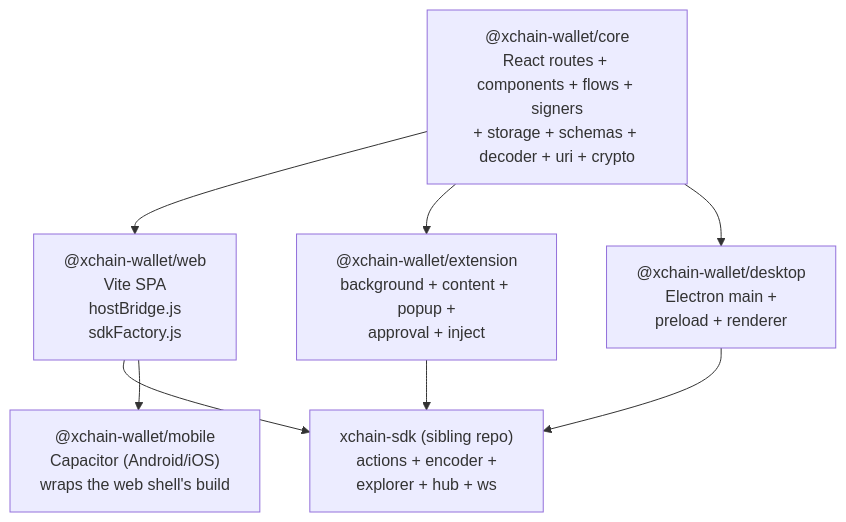
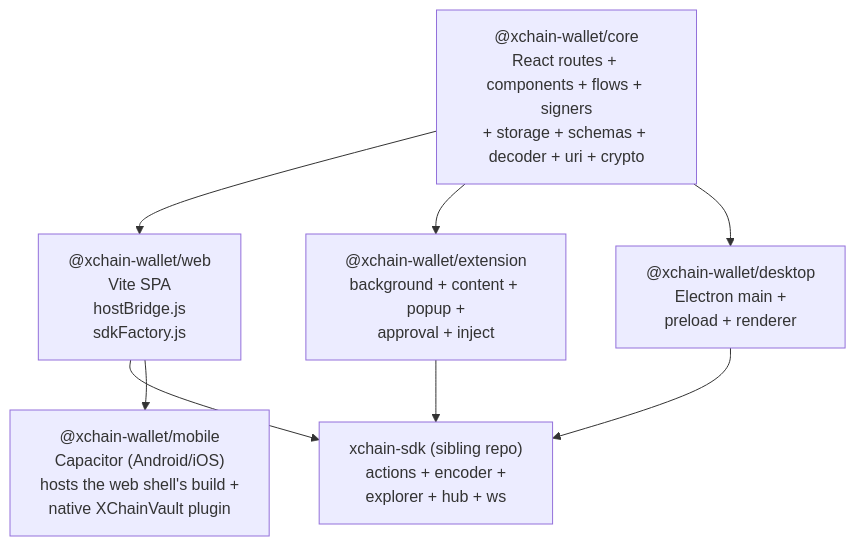
One commit to XChain-Platform/xchain-documentation changed the first of 2 diagrams in components/wallet/architecture.md. Above: the diagram before and after it, drawn with Mermaid. The commit also changed other lines of this file and 56 other files, not shown here.

````diff
--- a/components/wallet/architecture.md
+++ b/components/wallet/architecture.md
@@ -48,17 +48,17 @@
 ```mermaid
 flowchart TD
     CORE["@xchain-wallet/core<br>React routes + components + flows + signers<br>+ storage + schemas + decoder + uri + crypto"]
     WEB["@xchain-wallet/web<br>Vite SPA<br>hostBridge.js<br>sdkFactory.js"]
     EXT["@xchain-wallet/extension<br>background + content + popup +<br>approval + inject"]
     DESKTOP["@xchain-wallet/desktop<br>Electron main +<br>preload + renderer"]
-    MOBILE["@xchain-wallet/mobile<br>Capacitor (Android/iOS)<br>wraps the web shell's build"]
+    MOBILE["@xchain-wallet/mobile<br>Capacitor (Android/iOS)<br>hosts the web shell's build +<br>native XChainVault plugin"]
     SDK["xchain-sdk (sibling repo)<br>actions + encoder +<br>explorer + hub + ws"]
 
     CORE --> WEB
     CORE --> EXT
     CORE --> DESKTOP
     WEB --> SDK
     EXT --> SDK
     DESKTOP --> SDK
     WEB --> MOBILE
 ```
````
